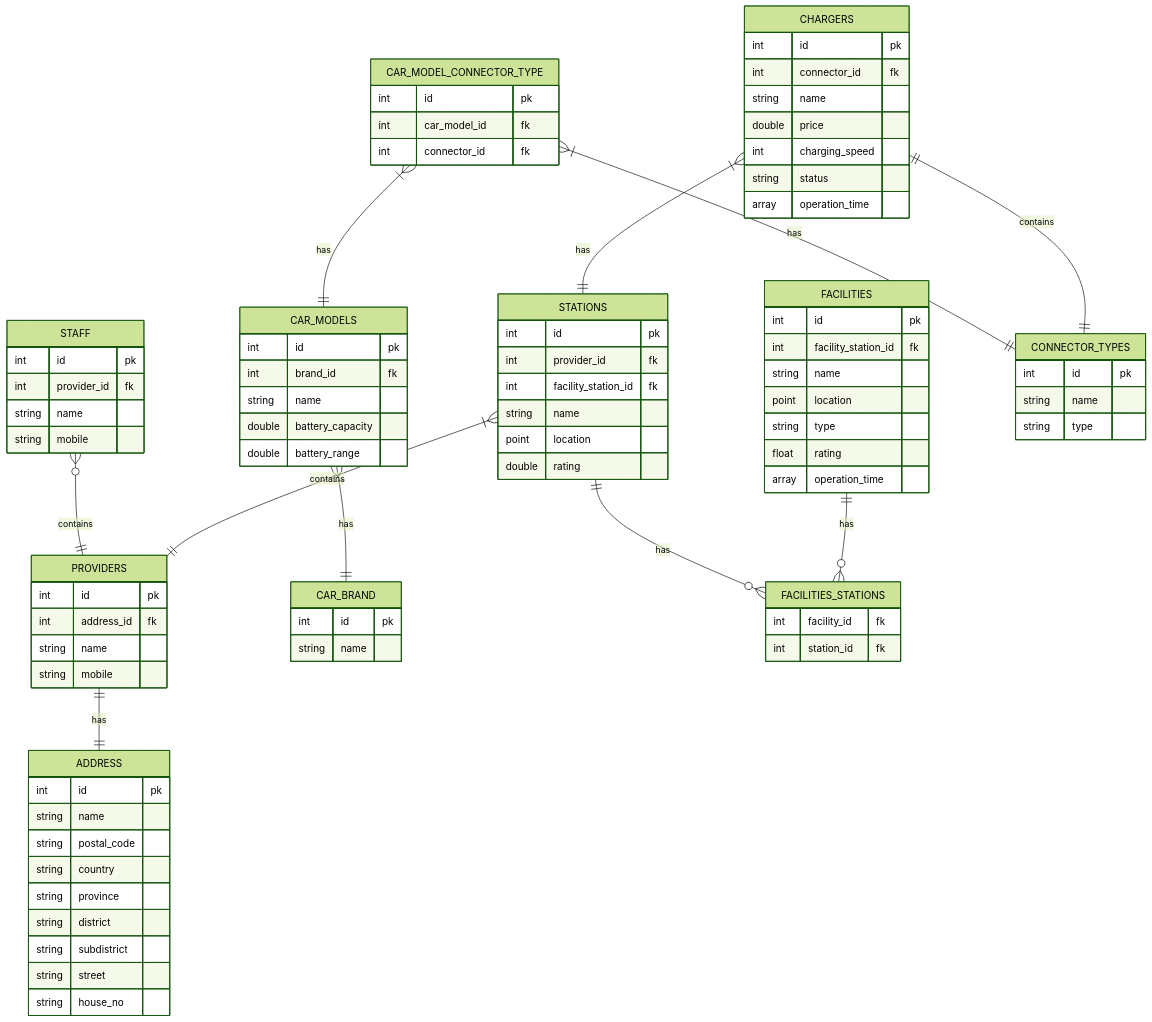
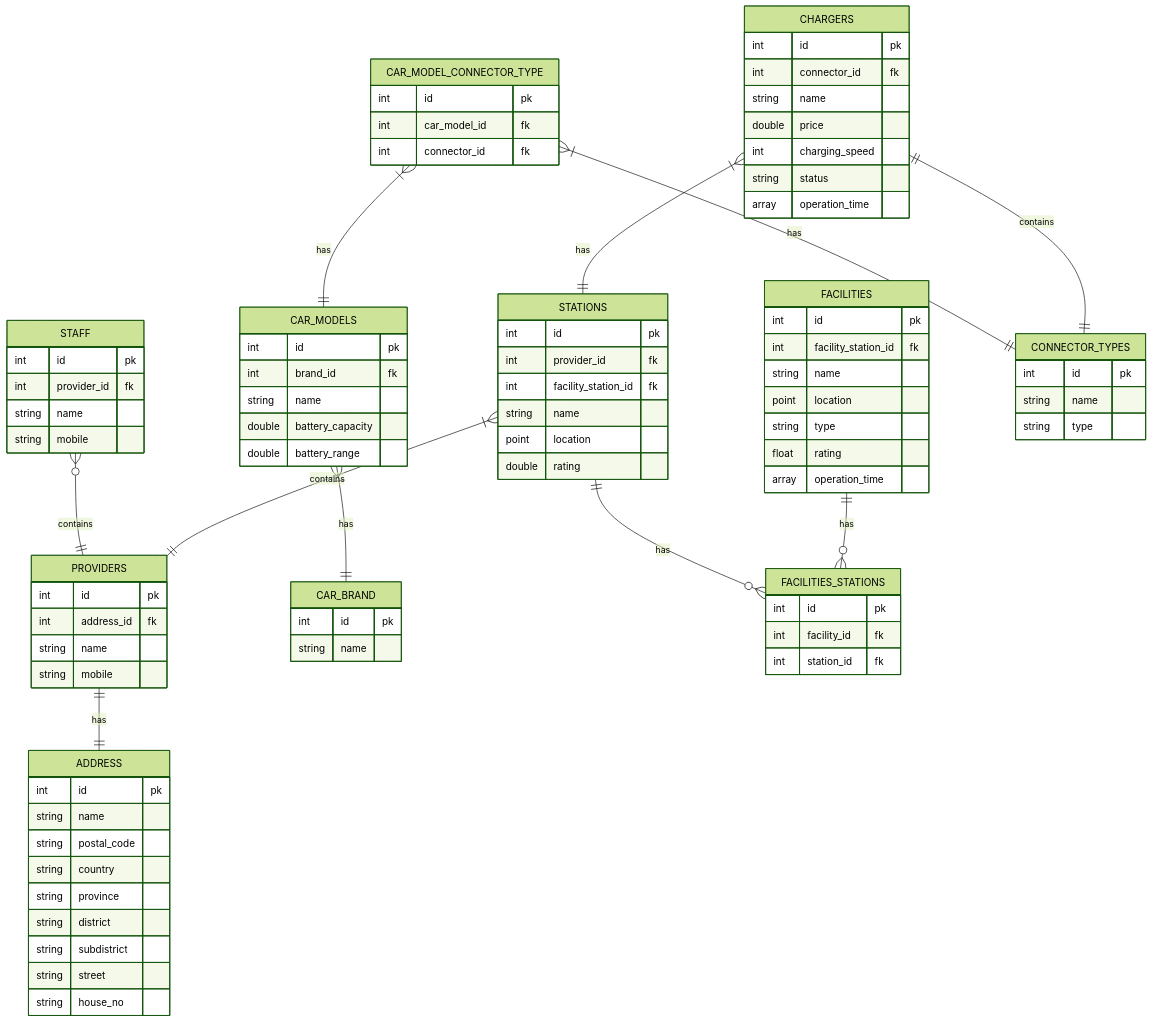
One commit to ongzasad/ev-trip-planner changed the diagram in db.md. Above: the diagram before and after it, drawn with Mermaid (forest theme).

Commit message:
add id for reference

```diff
--- a/db.md
+++ b/db.md
@@ -34,6 +34,7 @@
             array operation_time
         }
         FACILITIES_STATIONS {
+            int id pk
             int facility_id fk
             int station_id fk
         }
```
